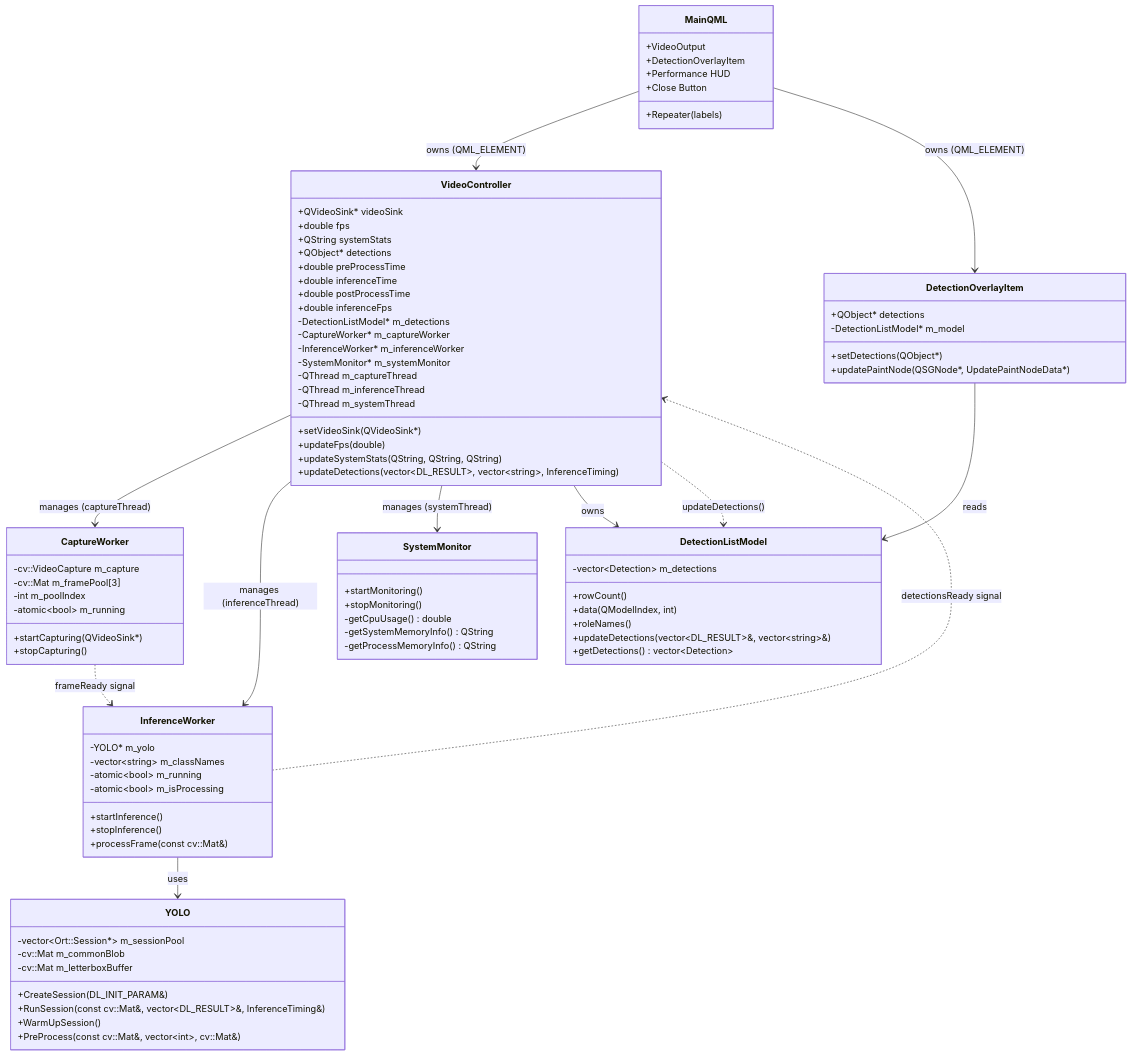
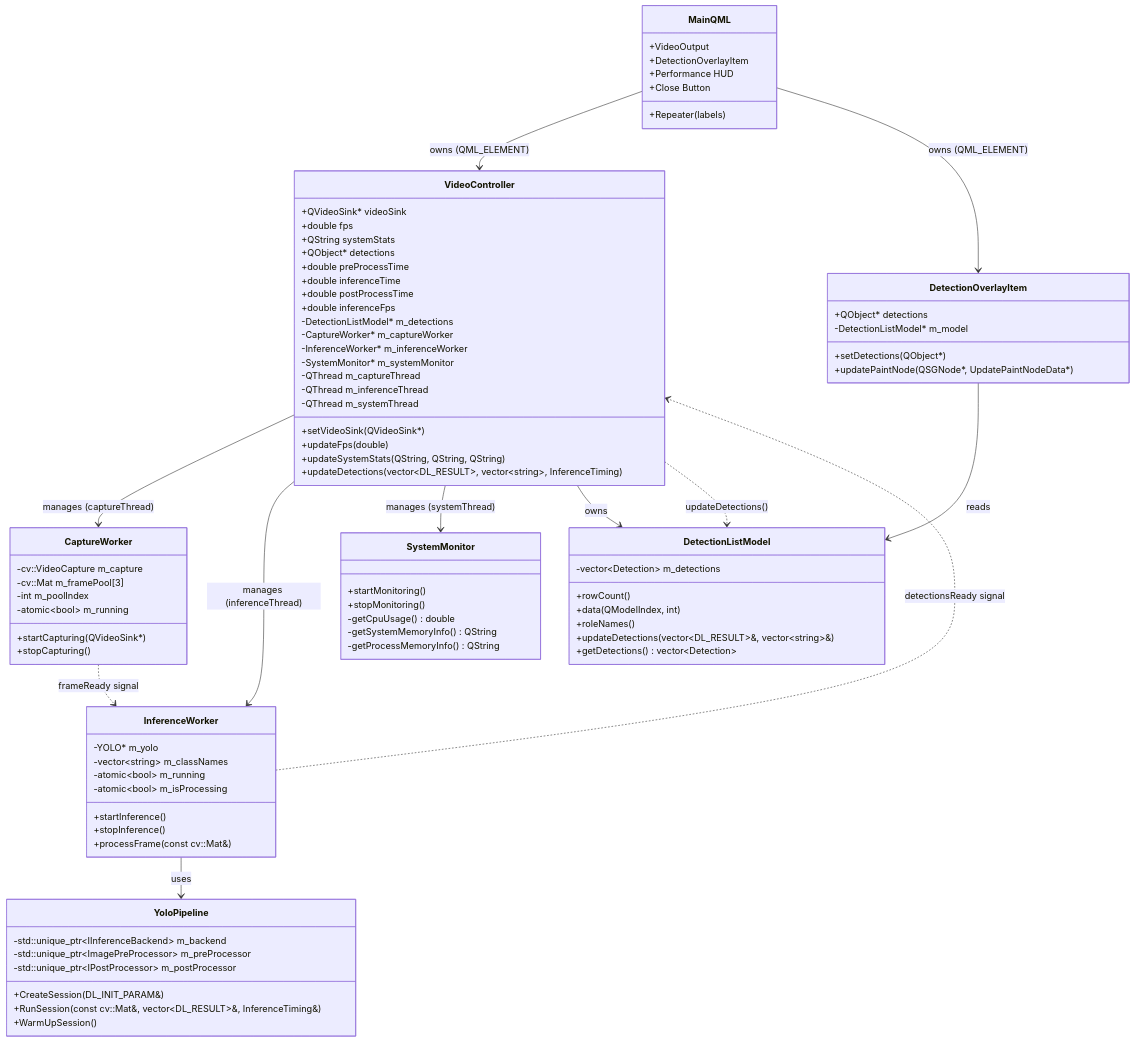
The first of 2 diagrams in docs/design-spec.md (andhiyaulhaq/QtQML-YOLOApp), drawn with Mermaid before and after one commit. The commit also changed other lines of this file and 12 other files, not shown here.

```diff
--- a/docs/design-spec.md
+++ b/docs/design-spec.md
@@ -49,14 +49,13 @@
         -atomic~bool~ m_isProcessing
     }
 
-    class YOLO {
+    class YoloPipeline {
         +CreateSession(DL_INIT_PARAM&)
         +RunSession(const cv::Mat&, vector~DL_RESULT~&, InferenceTiming&)
         +WarmUpSession()
-        +PreProcess(const cv::Mat&, vector~int~, cv::Mat&)
-        -vector~Ort::Session*~ m_sessionPool
-        -cv::Mat m_commonBlob
-        -cv::Mat m_letterboxBuffer
+        -std::unique_ptr~IInferenceBackend~ m_backend
+        -std::unique_ptr~ImagePreProcessor~ m_preProcessor
+        -std::unique_ptr~IPostProcessor~ m_postProcessor
     }
 
     class DetectionListModel {
@@ -98,7 +97,7 @@
     VideoController --> SystemMonitor : manages (systemThread)
     VideoController --> DetectionListModel : owns
     CaptureWorker ..> InferenceWorker : frameReady signal
-    InferenceWorker --> YOLO : uses
+    InferenceWorker --> YoloPipeline : uses
     InferenceWorker ..> VideoController : detectionsReady signal
     VideoController ..> DetectionListModel : updateDetections()
     DetectionOverlayItem --> DetectionListModel : reads
```
